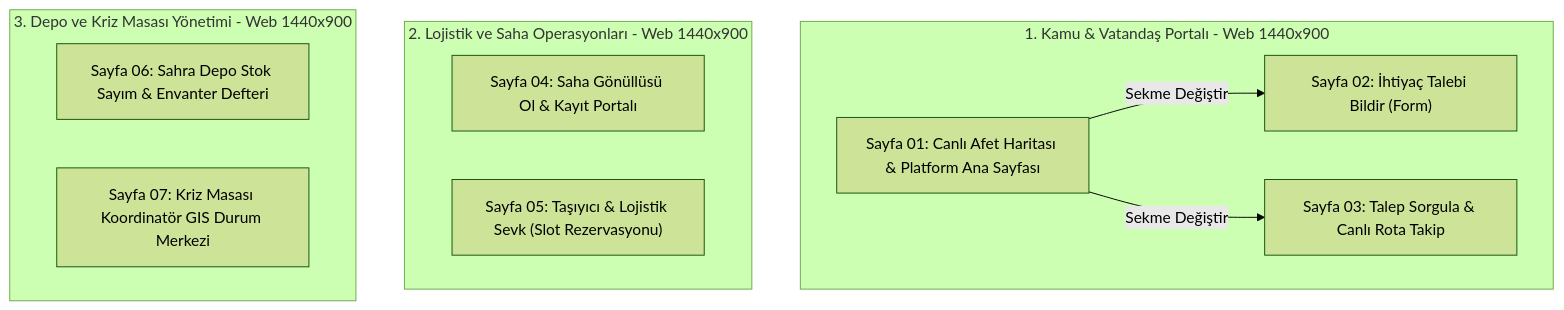
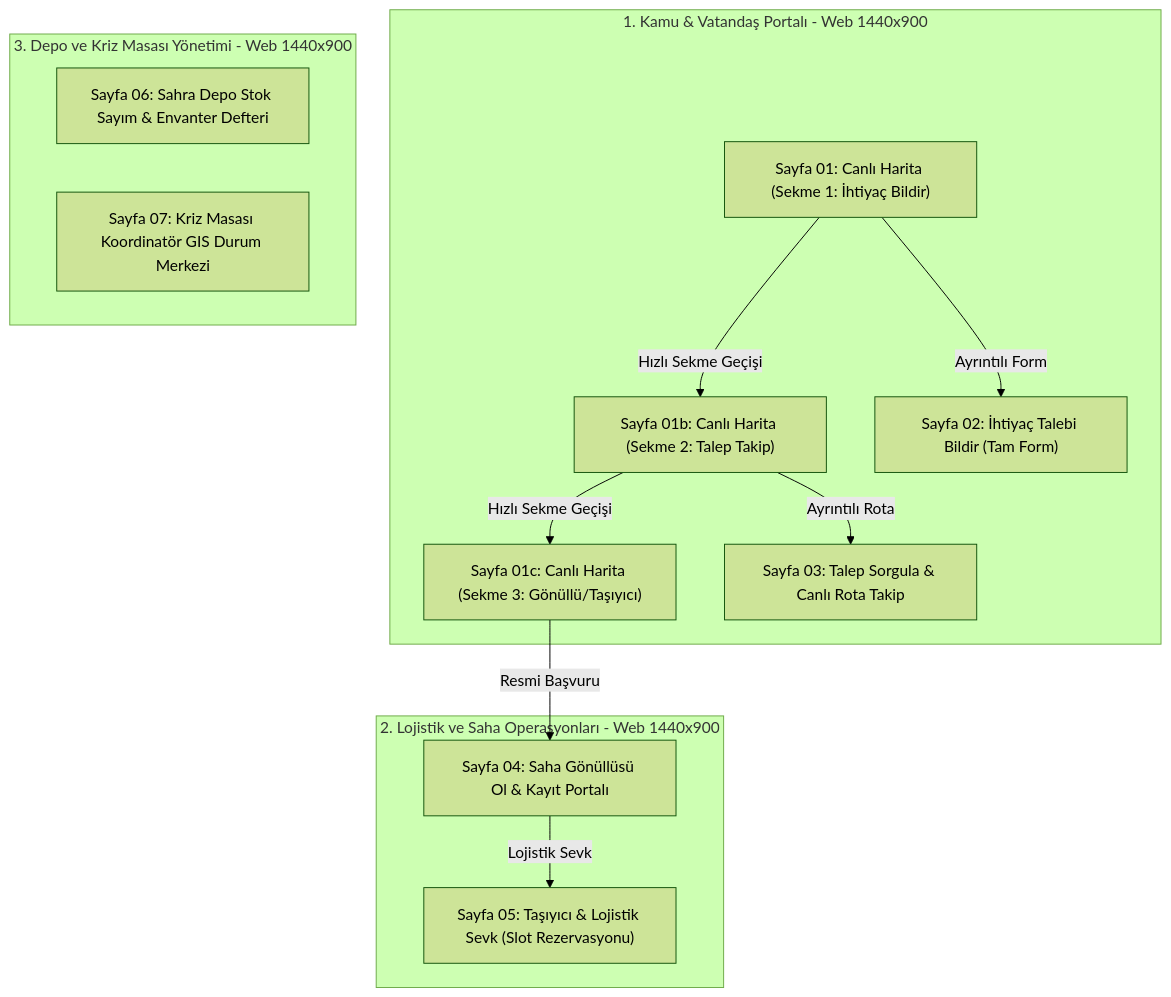
The diagram in docs/ui_ux/figma_prototype.md (CoskunerBerke/AFLOS), drawn with Mermaid (forest theme) before and after one commit. The commit also changed other lines of this file and 2 other files, not shown here.

Commit message:
feat(ui-ux): add public platform tab states (tracking and volunteer) into 9-screen flow

````diff
--- a/docs/ui_ux/figma_prototype.md
+++ b/docs/ui_ux/figma_prototype.md
@@ -166,17 +168,19 @@
 ```mermaid
 flowchart TD
     subgraph Public_Web [1. Kamu & Vatandaş Portalı - Web 1440x900]
-        W1["Sayfa 01: Canlı Afet Haritası & Platform Ana Sayfası"] -->|Sekme Değiştir| W2["Sayfa 02: İhtiyaç Talebi Bildir (Form)"]
-        W1 -->|Sekme Değiştir| W3["Sayfa 03: Talep Sorgula & Canlı Rota Takip"]
+        W1["Sayfa 01: Canlı Harita (Sekme 1: İhtiyaç Bildir)"] -->|Hızlı Sekme Geçişi| W1b["Sayfa 01b: Canlı Harita (Sekme 2: Talep Takip)"]
+        W1b -->|Hızlı Sekme Geçişi| W1c["Sayfa 01c: Canlı Harita (Sekme 3: Gönüllü/Taşıyıcı)"]
+        W1 -->|Ayrıntılı Form| W2["Sayfa 02: İhtiyaç Talebi Bildir (Tam Form)"]
+        W1b -->|Ayrıntılı Rota| W3["Sayfa 03: Talep Sorgula & Canlı Rota Takip"]
     end
 
     subgraph Operations_Web [2. Lojistik ve Saha Operasyonları - Web 1440x900]
-        W4["Sayfa 04: Saha Gönüllüsü Ol & Kayıt Portalı"]
-        W5["Sayfa 05: Taşıyıcı & Lojistik Sevk (Slot Rezervasyonu)"]
+        W1c -->|Resmi Başvuru| W4["Sayfa 04: Saha Gönüllüsü Ol & Kayıt Portalı"]
+        W4 -->|Lojistik Sevk| W5["Sayfa 05: Taşıyıcı & Lojistik Sevk (Slot Rezervasyonu)"]
     end
 
     subgraph Institutional_Web [3. Depo ve Kriz Masası Yönetimi - Web 1440x900]
         W6["Sayfa 06: Sahra Depo Stok Sayım & Envanter Defteri"]
         W7["Sayfa 07: Kriz Masası Koordinatör GIS Durum Merkezi"]
     end
 ```
````
